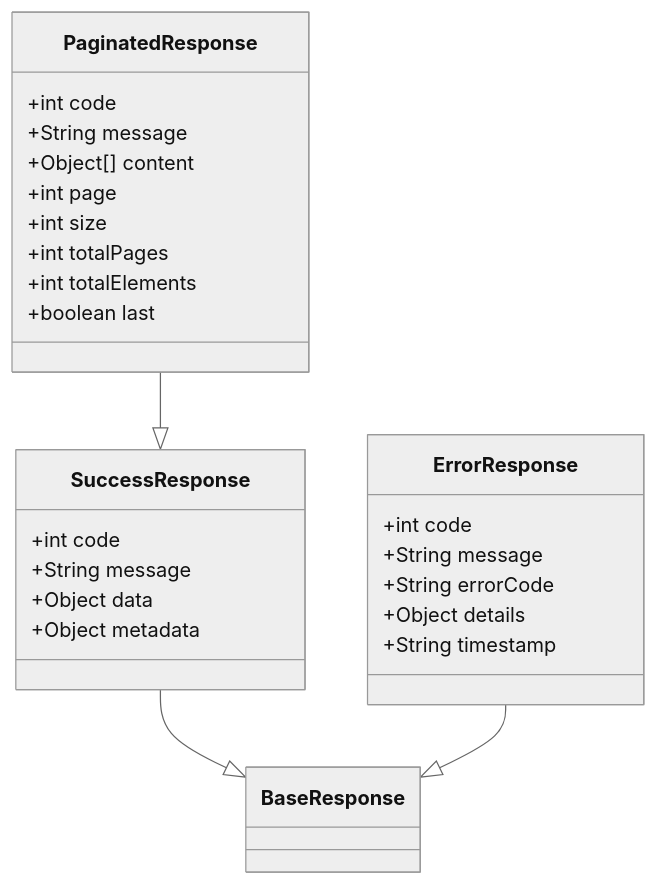
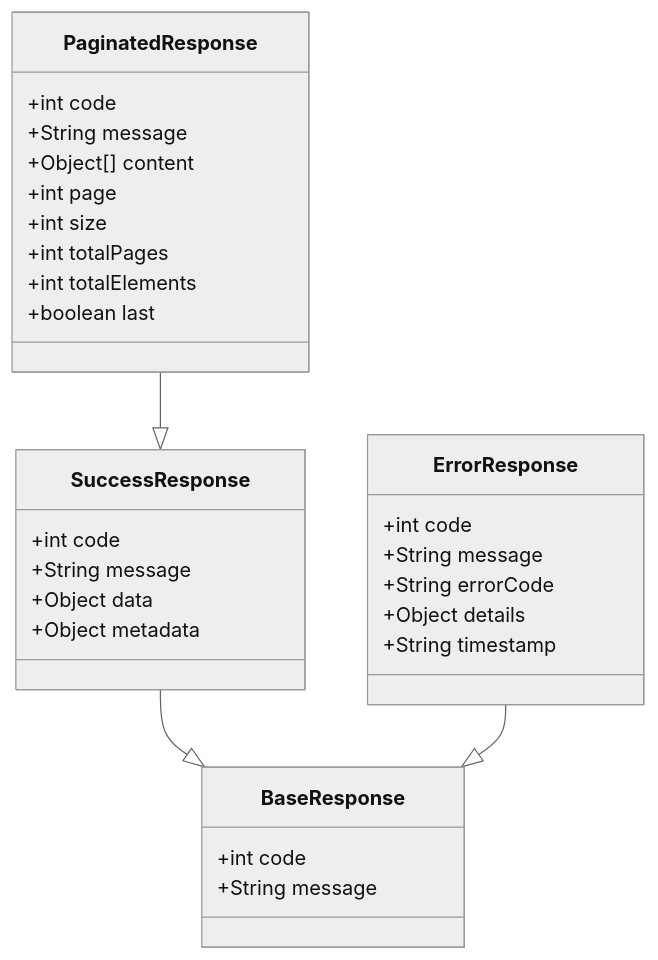
Before and after one commit to TuPhung369/Haaga_Backend_Programming: the fourth of 4 diagrams in TuPhung_Docs/docs/backend/api.md, drawn with Mermaid (neutral theme). The commit also changed 12 other files, not shown here.

````diff
--- a/TuPhung_Docs/docs/backend/api.md
+++ b/TuPhung_Docs/docs/backend/api.md
@@ -233,32 +233,37 @@
 ```mermaid
 classDiagram
+    class BaseResponse {
+        +int code
+        +String message
+    }
+
     class SuccessResponse {
         +int code
         +String message
         +Object data
         +Object metadata
     }
 
     class ErrorResponse {
         +int code
         +String message
         +String errorCode
         +Object details
         +String timestamp
     }
 
     class PaginatedResponse {
         +int code
         +String message
         +Object[] content
         +int page
         +int size
         +int totalPages
         +int totalElements
         +boolean last
     }
 
     SuccessResponse --|> BaseResponse
     ErrorResponse --|> BaseResponse
     PaginatedResponse --|> SuccessResponse
 ```
````
